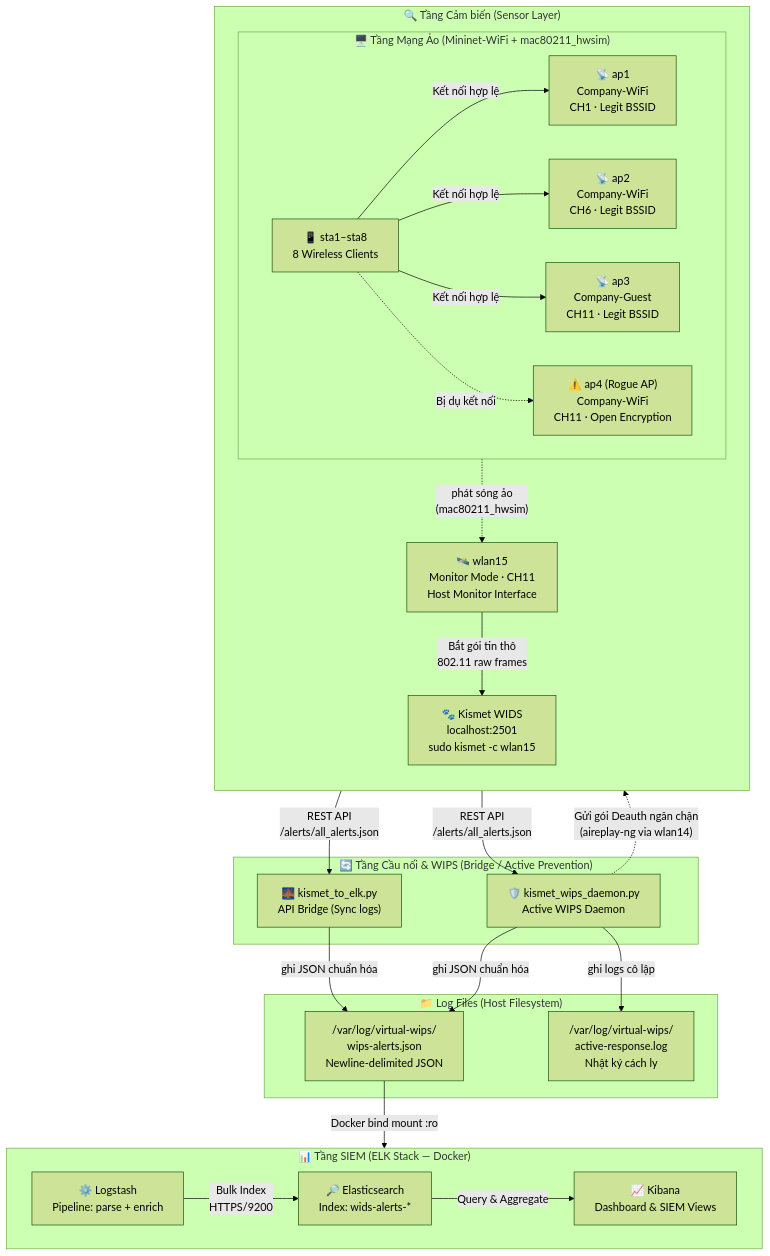
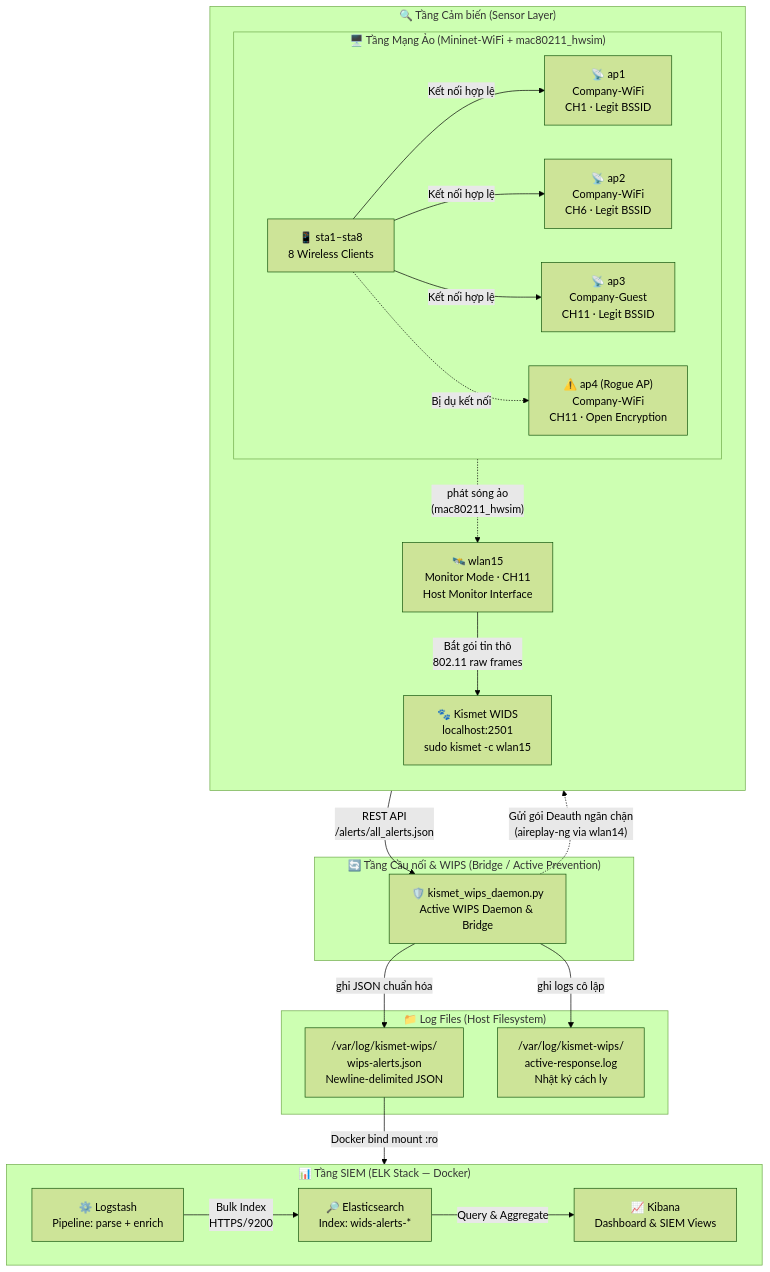
The diagram in README.md (ph4n10m1808/wireless-mobile-network-security-project), drawn with Mermaid (forest theme) before and after one commit. The commit also changed other lines of this file and 14 other files, not shown here.

First line of the commit message:
Refactor WIDS/WIPS: unify active defense engine & clean up redundant code

````diff
--- a/README.md
+++ b/README.md
@@ -28,46 +28,45 @@
 ```mermaid
 flowchart TB
     subgraph VIRTUAL_NET["🖥️ Tầng Mạng Ảo (Mininet-WiFi + mac80211_hwsim)"]
         direction LR
         AP1["📡 ap1\nCompany-WiFi\nCH1 · Legit BSSID"]
         AP2["📡 ap2\nCompany-WiFi\nCH6 · Legit BSSID"]
         AP3["📡 ap3\nCompany-Guest\nCH11 · Legit BSSID"]
         ROGUE["⚠️ ap4 (Rogue AP)\nCompany-WiFi\nCH11 · Open Encryption"]
         STA["📱 sta1–sta8\n8 Wireless Clients"]
         STA -->|Kết nối hợp lệ| AP1 & AP2 & AP3
         STA -.->|Bị dụ kết nối| ROGUE
     end
 
     subgraph SENSORS["🔍 Tầng Cảm biến (Sensor Layer)"]
         direction TB
         WLAN15["🛰️ wlan15\nMonitor Mode · CH11\nHost Monitor Interface"]
         KISMET["🐾 Kismet WIDS\nlocalhost:2501\nsudo kismet -c wlan15"]
         WLAN15 -->|"Bắt gói tin thô\n802.11 raw frames"| KISMET
         VIRTUAL_NET -.->|"phát sóng ảo\n(mac80211_hwsim)"| WLAN15
     end
 
     subgraph BRIDGE["🔄 Tầng Cầu nối & WIPS (Bridge / Active Prevention)"]
-        KISMET_BRIDGE["🌉 kismet_to_elk.py\nAPI Bridge (Sync logs)"]
-        KISMET_WIPS["🛡️ kismet_wips_daemon.py\nActive WIPS Daemon"]
-        KISMET -->|"REST API\n/alerts/all_alerts.json"| KISMET_BRIDGE & KISMET_WIPS
+        KISMET_WIPS["🛡️ kismet_wips_daemon.py\nActive WIPS Daemon & Bridge"]
+        KISMET -->|"REST API\n/alerts/all_alerts.json"| KISMET_WIPS
         KISMET_WIPS -.->|"Gửi gói Deauth ngăn chặn\n(aireplay-ng via wlan14)"| VIRTUAL_NET
     end
 
     subgraph LOGS["📁 Log Files (Host Filesystem)"]
-        LOG_WIPS["/var/log/virtual-wips/\nwips-alerts.json\nNewline-delimited JSON"]
-        LOG_RESPONSE["/var/log/virtual-wips/\nactive-response.log\nNhật ký cách ly"]
-        KISMET_BRIDGE & KISMET_WIPS -->|"ghi JSON chuẩn hóa"| LOG_WIPS
+        LOG_WIPS["/var/log/kismet-wips/\nwips-alerts.json\nNewline-delimited JSON"]
+        LOG_RESPONSE["/var/log/kismet-wips/\nactive-response.log\nNhật ký cách ly"]
+        KISMET_WIPS -->|"ghi JSON chuẩn hóa"| LOG_WIPS
         KISMET_WIPS -->|"ghi logs cô lập"| LOG_RESPONSE
     end
 
     subgraph SIEM["📊 Tầng SIEM (ELK Stack — Docker)"]
         direction LR
         LOGSTASH["⚙️ Logstash\nPipeline: parse + enrich"]
         ES["🔎 Elasticsearch\nIndex: wids-alerts-*"]
         KIBANA["📈 Kibana\nDashboard & SIEM Views"]
         LOGSTASH -->|"Bulk Index\nHTTPS/9200"| ES
         ES -->|"Query & Aggregate"| KIBANA
     end
 
     LOG_WIPS -->|"Docker bind mount :ro"| LOGSTASH
 ```
````
